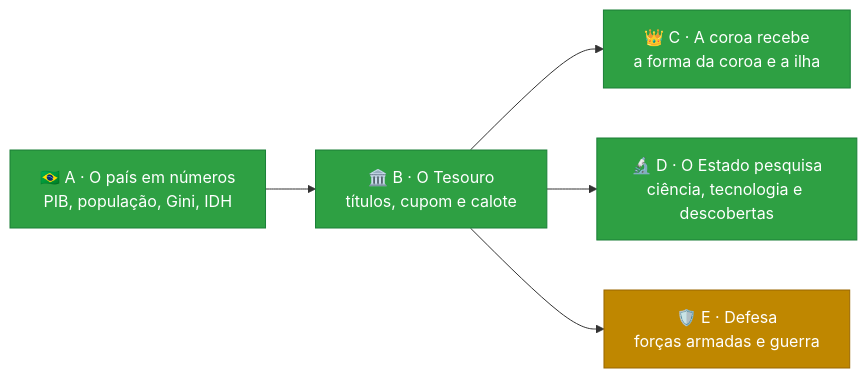
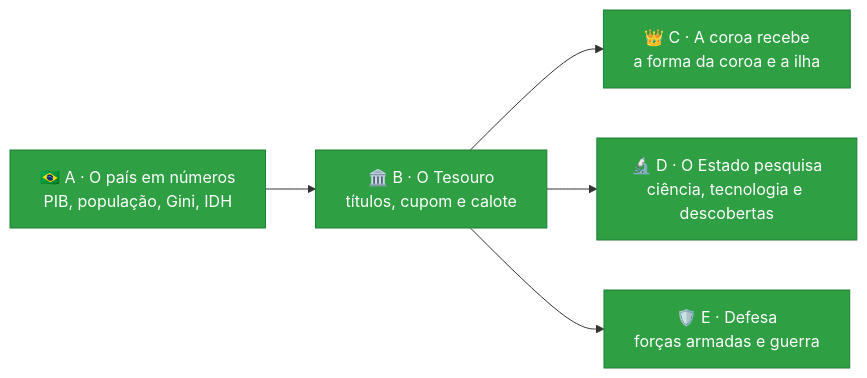
One commit to Lhordriyon/Calculadora-Viva changed the diagram in README.md. Above: the diagram before and after it, drawn with Mermaid. The commit also changed other lines of this file and 4 other files, not shown here.

````diff
--- a/README.md
+++ b/README.md
@@ -51,10 +51,10 @@
 ```mermaid
 flowchart LR
   A["🇧🇷 A · O país em números<br/>PIB, população, Gini, IDH"]:::feito --> B["🏛️ B · O Tesouro<br/>títulos, cupom e calote"]:::feito
   B --> C["👑 C · A coroa recebe<br/>a forma da coroa e a ilha"]:::feito
   B --> D["🔬 D · O Estado pesquisa<br/>ciência, tecnologia e descobertas"]:::feito
-  B --> E["🛡️ E · Defesa<br/>forças armadas e guerra"]:::proximo
+  B --> E["🛡️ E · Defesa<br/>forças armadas e guerra"]:::feito
   classDef feito fill:#2ea043,stroke:#1a7f37,color:#fff
   classDef proximo fill:#bf8700,stroke:#9a6700,color:#fff
   classDef depois fill:#8250df,stroke:#6639ba,color:#fff
 ```
````
